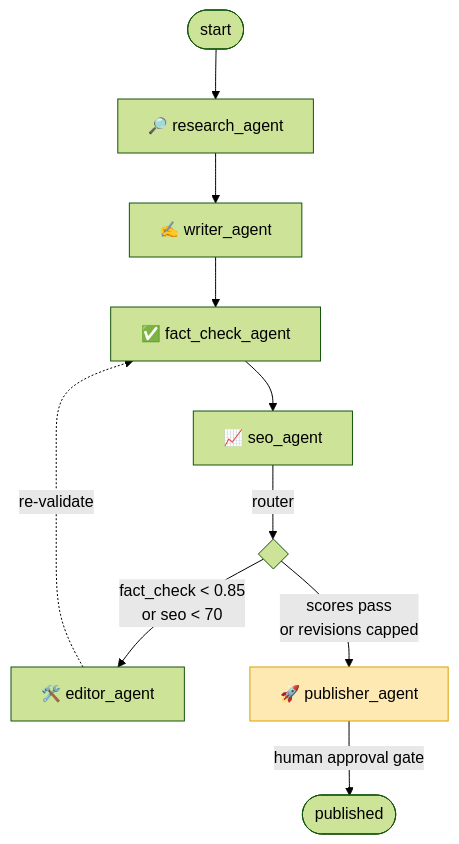
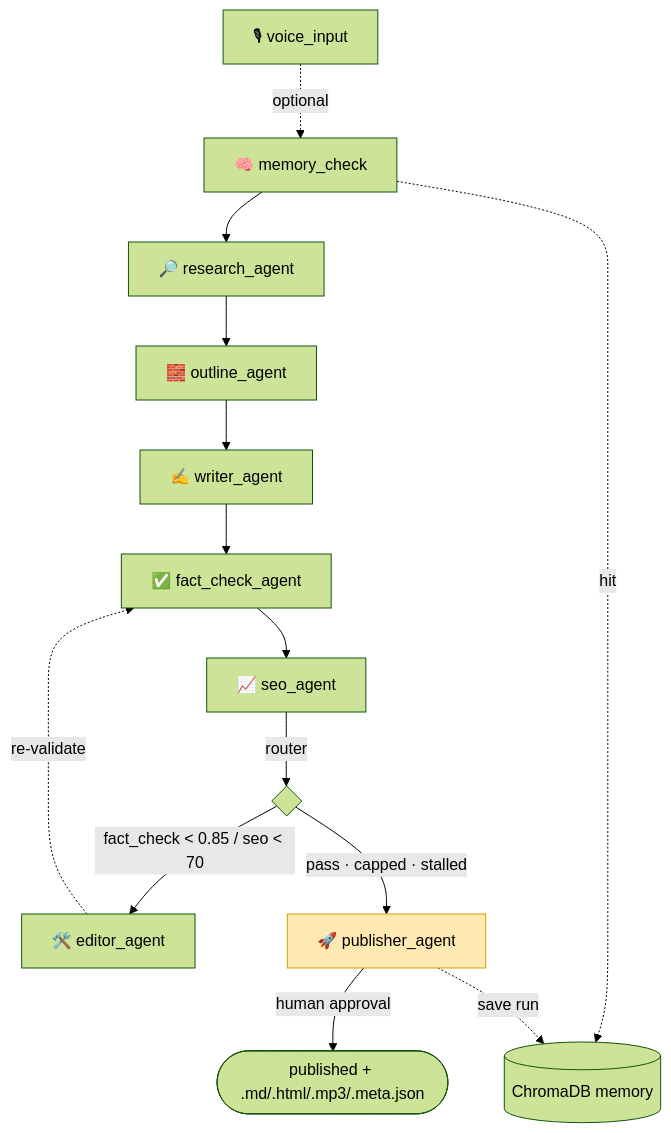
One commit to codezenithdev/agentic-content-pipeline changed the diagram in README.md. Above: the diagram before and after it, drawn with Mermaid (forest theme). The commit also changed other lines of this file and 2 other files, not shown here.

Commit message:
test: add V2 end-to-end integration tests for voice input, memory loop, and revision history

````diff
--- a/README.md
+++ b/README.md
@@ -13,15 +39,19 @@
 ```mermaid
 graph TD
-    START([start]) --> R[🔎 research_agent]
-    R --> W[✍️ writer_agent]
+    V[🎙 voice_input] -.optional.-> M[🧠 memory_check]
+    M --> R[🔎 research_agent]
+    R --> O[🧱 outline_agent]
+    O --> W[✍️ writer_agent]
     W --> F[✅ fact_check_agent]
     F --> S[📈 seo_agent]
-    S -->|router| DECISION{ }
-    DECISION -->|fact_check < 0.85<br/>or seo < 70| E[🛠️ editor_agent]
-    DECISION -->|scores pass<br/>or revisions capped| P[🚀 publisher_agent]
+    S -->|router| D{ }
+    D -->|fact_check < 0.85 / seo < 70| E[🛠️ editor_agent]
+    D -->|pass · capped · stalled| P[🚀 publisher_agent]
     E -.re-validate.-> F
-    P -->|human approval gate| END([published])
+    P -->|human approval| END([published + .md/.html/.mp3/.meta.json])
+    M -.hit.-> MEM[(ChromaDB memory)]
+    P -.save run.-> MEM
 
     classDef gate fill:#ffe9b3,stroke:#d9a000;
     class P gate;
 ```
````
